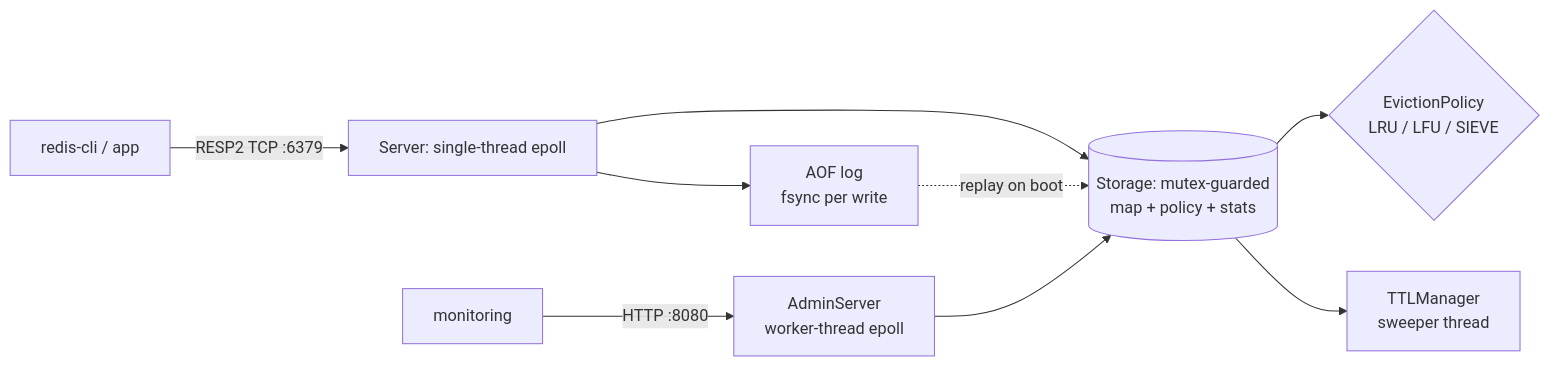
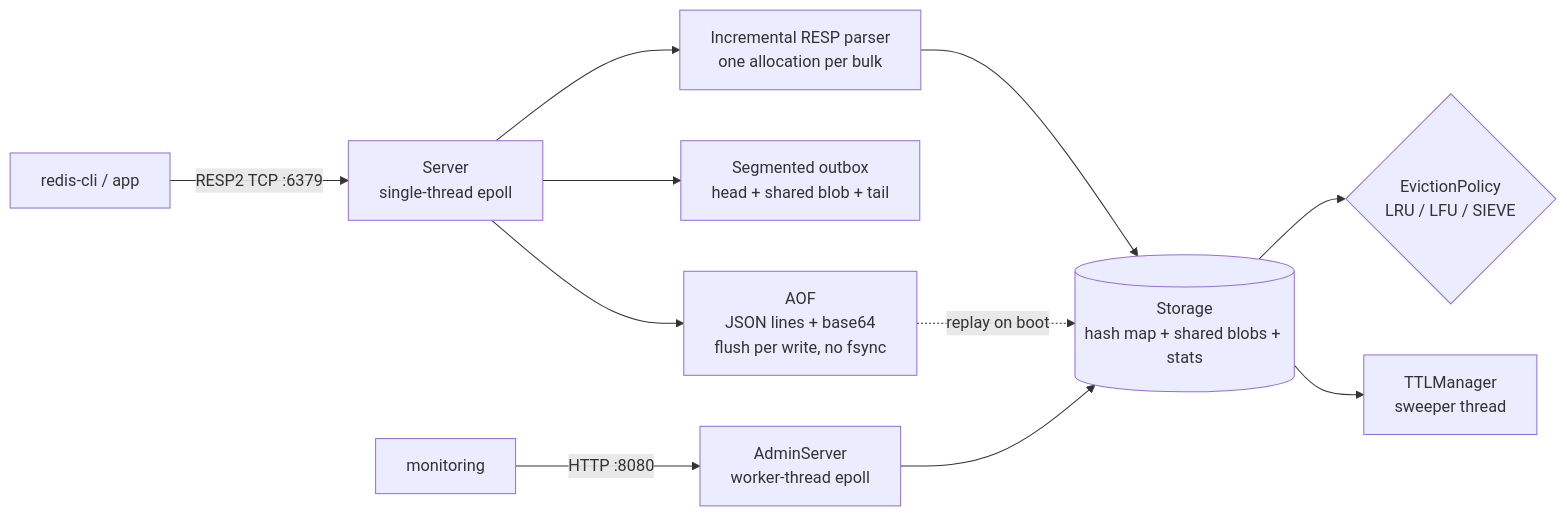
One commit to ima-d-ice/polycache changed the diagram in README.md. Above: the diagram before and after it, drawn with Mermaid. The commit also changed other lines of this file and 16 other files, not shown here.

````diff
--- a/README.md
+++ b/README.md
@@ -39,11 +95,13 @@
 ```mermaid
 flowchart LR
-    C[redis-cli / app] -- RESP2 TCP :6379 --> S[Server: single-thread epoll]
-    S --> ST[(Storage: mutex-guarded\nmap + policy + stats)]
-    ST --> EV{EvictionPolicy\nLRU / LFU / SIEVE}
-    ST --> TTL[TTLManager\nsweeper thread]
-    S --> AOF[AOF log\nfsync per write]
+    C[redis-cli / app] -- RESP2 TCP :6379 --> S[Server<br/>single-thread epoll]
+    S --> P[Incremental RESP parser<br/>one allocation per bulk]
+    P --> ST[(Storage<br/>hash map + shared blobs + stats)]
+    ST --> EV{EvictionPolicy<br/>LRU / LFU / SIEVE}
+    ST --> TTL[TTLManager<br/>sweeper thread]
+    S --> O[Segmented outbox<br/>head + shared blob + tail]
+    S --> AOF[AOF<br/>JSON lines + base64<br/>flush per write, no fsync]
     AOF -. replay on boot .-> ST
-    M[monitoring] -- HTTP :8080 --> AD[AdminServer\nworker-thread epoll]
+    M[monitoring] -- HTTP :8080 --> AD[AdminServer<br/>worker-thread epoll]
     AD --> ST
 ```
````
